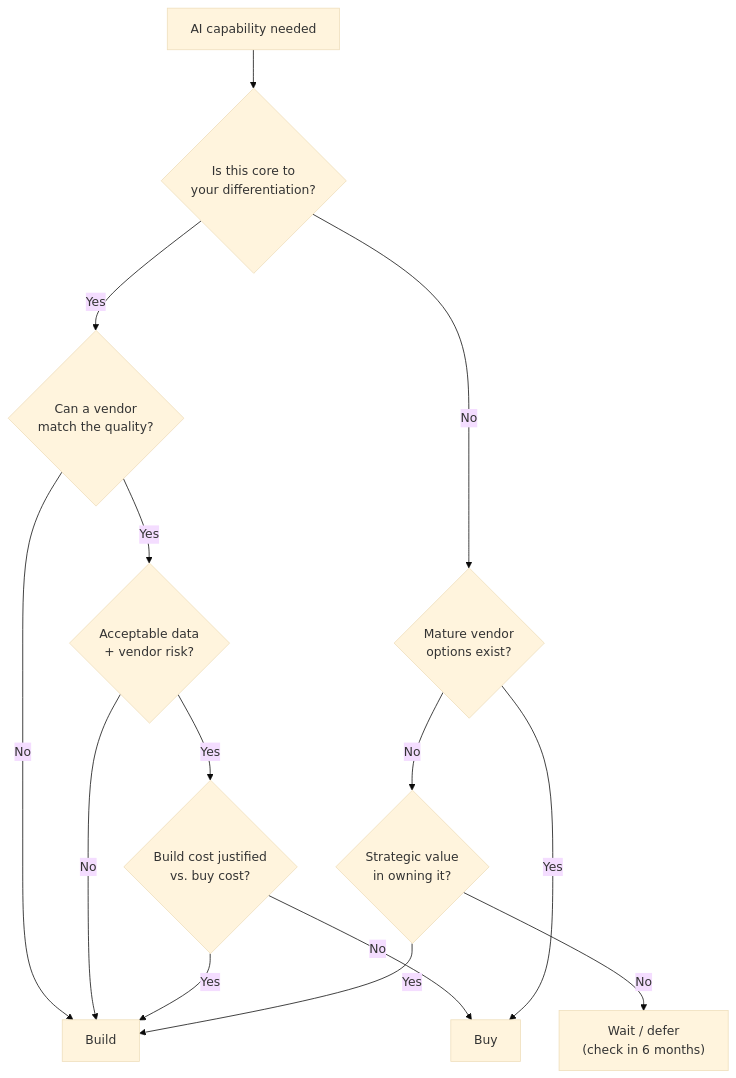
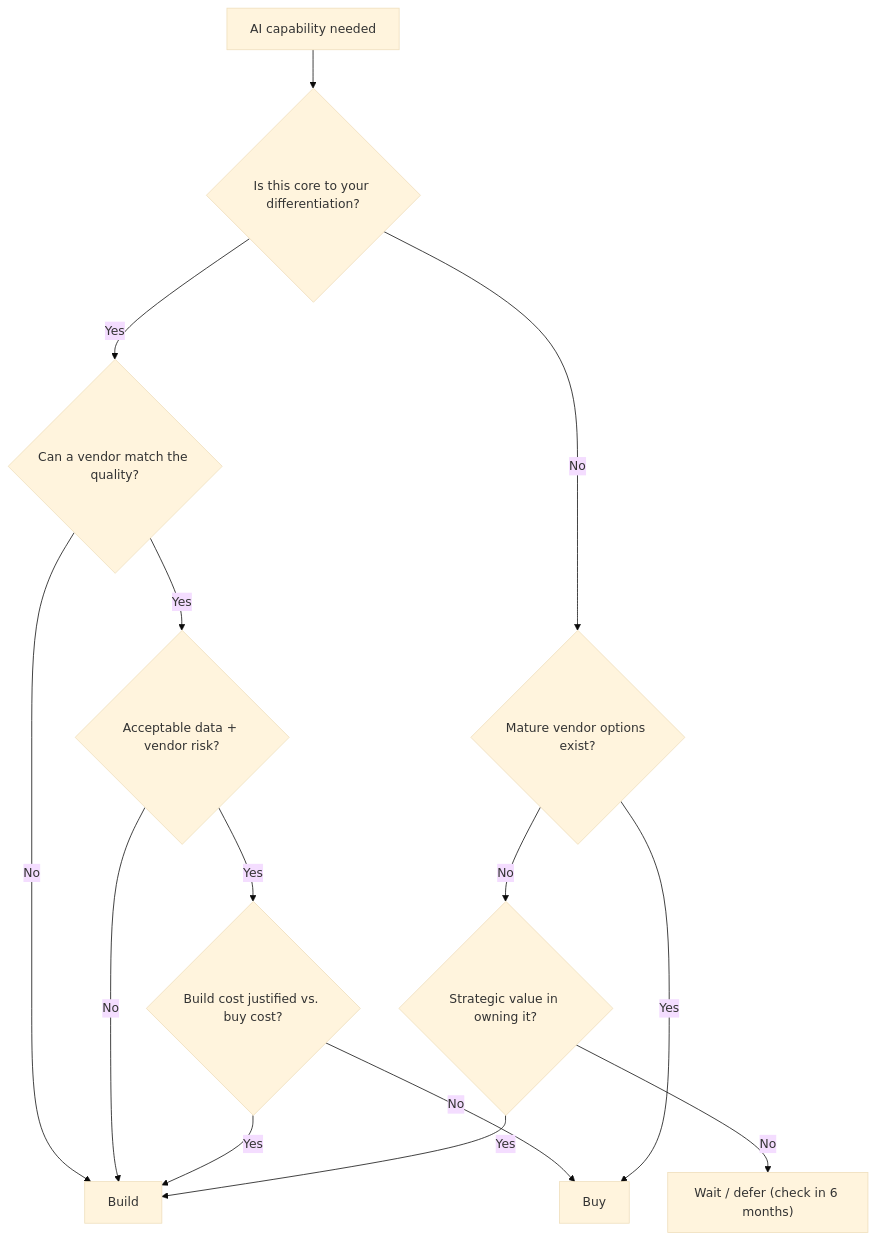
The diagram in module-13-build-vs-buy.md (mjac-yue/ai-architecture-for-pms), drawn with Mermaid (base theme) before and after one commit. The commit also changed 15 other files, not shown here.

First line of the commit message:
Remove HTML tags from Mermaid node labels for Obsidian compatibility

````diff
--- a/module-13-build-vs-buy.md
+++ b/module-13-build-vs-buy.md
@@ -18,16 +18,16 @@
 ```mermaid
 flowchart TD
-    Start["AI capability needed"] --> D1{"Is this core to<br>your differentiation?"}
-    D1 -- Yes --> D2{"Can a vendor<br>match the quality?"}
+    Start["AI capability needed"] --> D1{"Is this core to your differentiation?"}
+    D1 -- Yes --> D2{"Can a vendor match the quality?"}
     D2 -- No --> Build["Build"]
-    D2 -- Yes --> D3{"Acceptable data<br>+ vendor risk?"}
+    D2 -- Yes --> D3{"Acceptable data + vendor risk?"}
     D3 -- No --> Build
-    D3 -- Yes --> D4{"Build cost justified<br>vs. buy cost?"}
+    D3 -- Yes --> D4{"Build cost justified vs. buy cost?"}
     D4 -- No --> Buy["Buy"]
     D4 -- Yes --> Build
-    D1 -- No --> D5{"Mature vendor<br>options exist?"}
+    D1 -- No --> D5{"Mature vendor options exist?"}
     D5 -- Yes --> Buy
-    D5 -- No --> D6{"Strategic value<br>in owning it?"}
+    D5 -- No --> D6{"Strategic value in owning it?"}
     D6 -- Yes --> Build
-    D6 -- No --> Wait["Wait / defer<br>(check in 6 months)"]
+    D6 -- No --> Wait["Wait / defer (check in 6 months)"]
 ```
````
